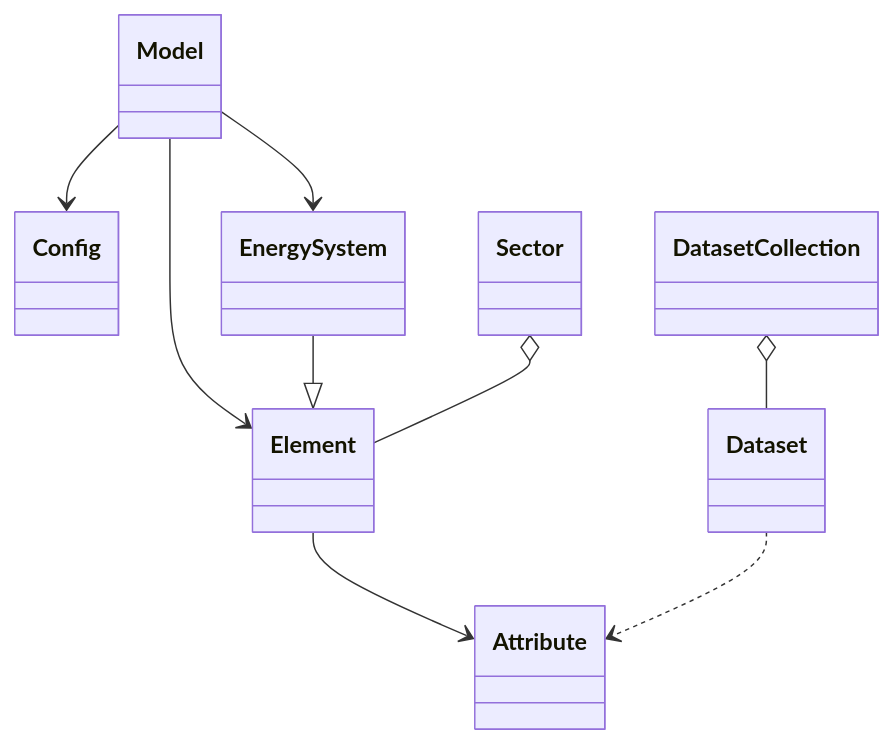
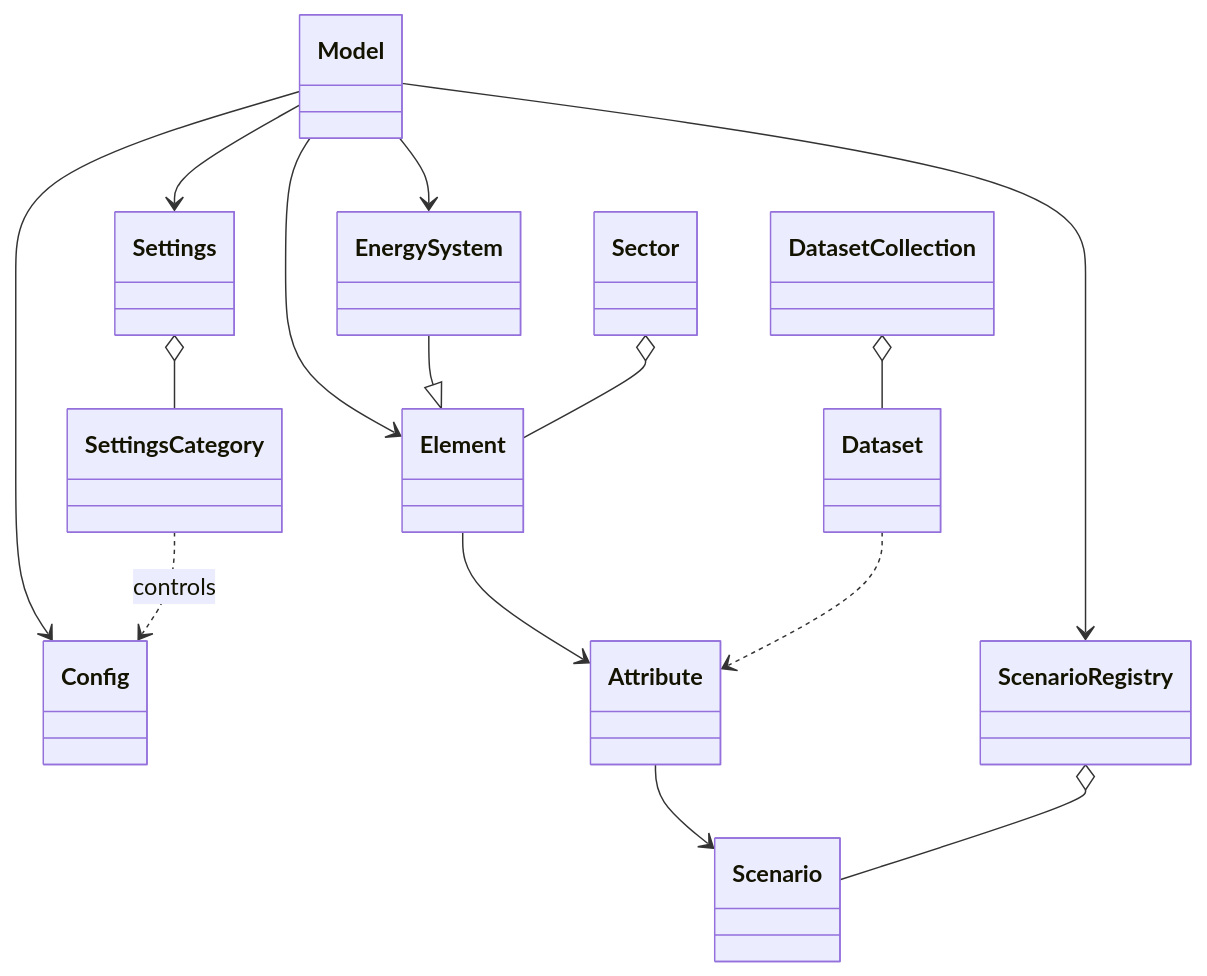
One commit to ZEN-universe/ZEN-creator changed the first of 3 diagrams in docs/files/quick_start/logic_and_structure.rst. Above: the diagram before and after it, drawn with Mermaid. The commit also changed other lines of this file and 337 other files, not shown here.

```diff
--- a/docs/files/quick_start/logic_and_structure.rst
+++ b/docs/files/quick_start/logic_and_structure.rst
@@ -81,21 +92,31 @@
 .. mermaid::
    :zoom:
 
    classDiagram
        class Model
        class Config
+       class Settings
+       class SettingsCategory
+       class ScenarioRegistry
+       class Scenario
        class Sector
        class Element
        class EnergySystem
        class Attribute
        class Dataset
        class DatasetCollection
 
        Model --> Config
+       Model --> Settings
+       Model --> ScenarioRegistry
        Model --> Element
        Model --> EnergySystem
+       Settings o-- SettingsCategory
+       SettingsCategory ..> Config : controls
        EnergySystem --|> Element
        Sector o-- Element
        Element --> Attribute
+       Attribute --> Scenario
+       ScenarioRegistry o-- Scenario
        DatasetCollection o-- Dataset
        Dataset ..> Attribute
```
